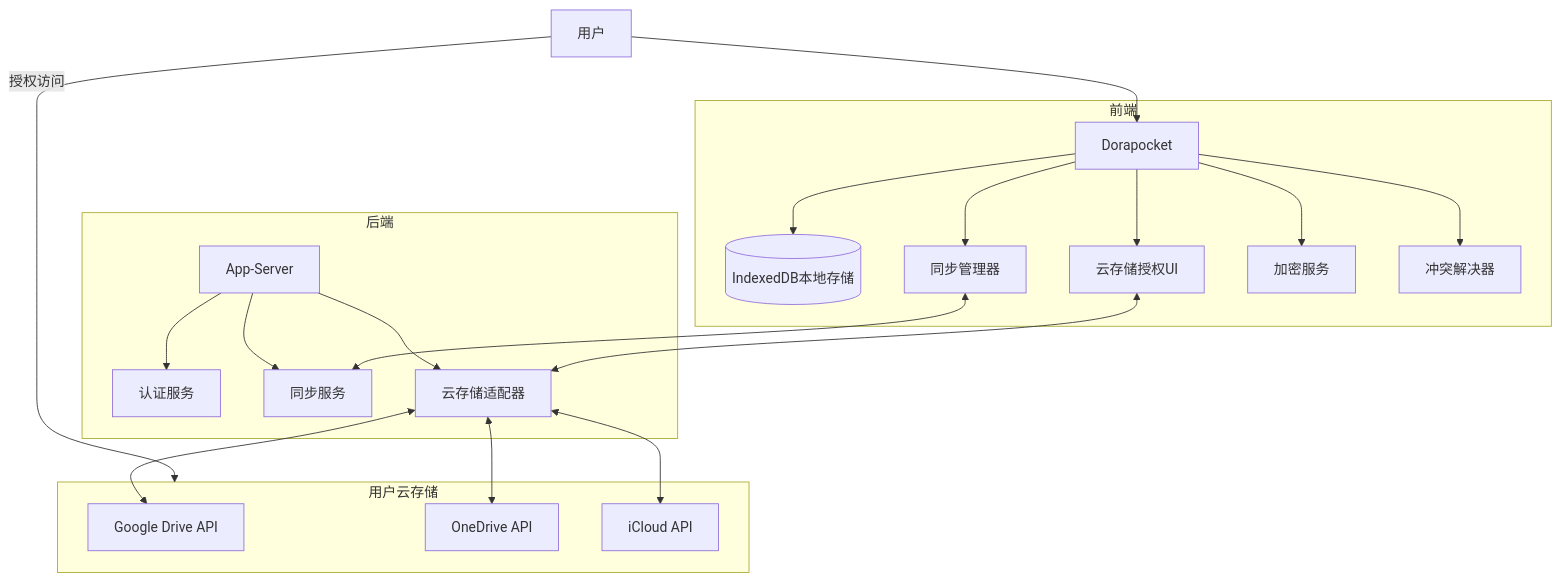
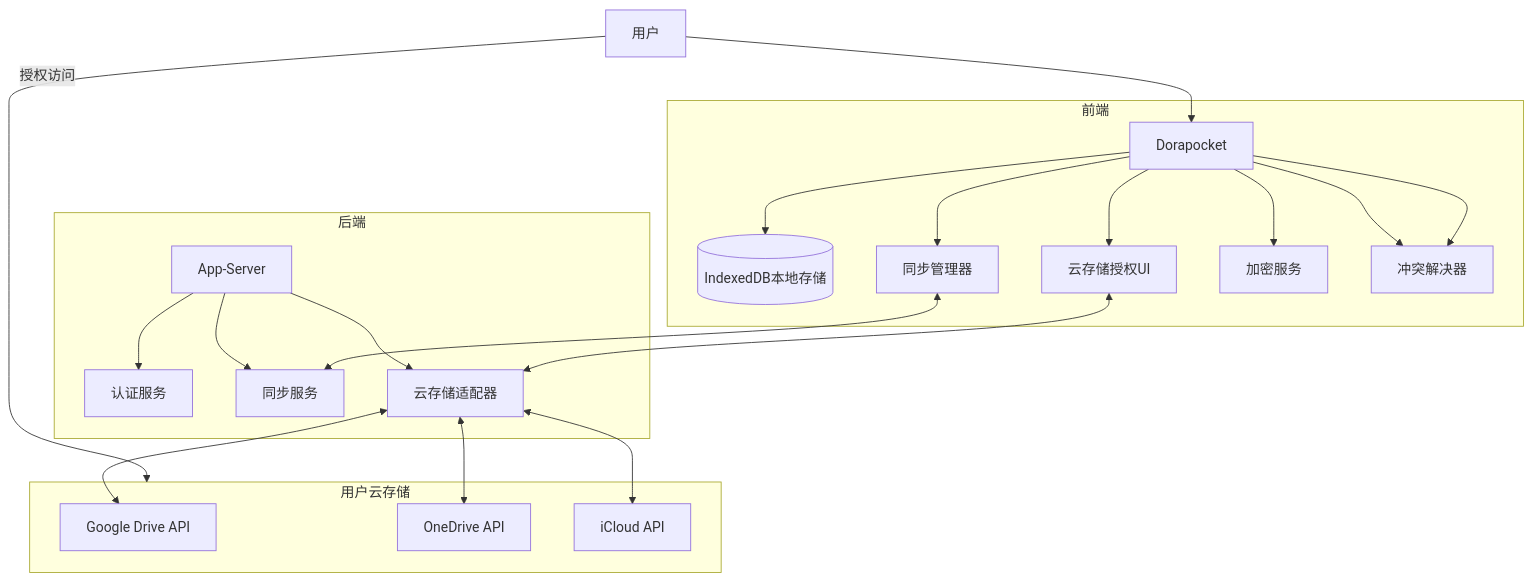
The diagram in all/未命名-34.md (yingjianzh/iodraw-files), drawn with Mermaid before and after one commit.

Commit message:
2025-04-17 10:47:00 update

````diff
--- a/all/未命名-34.md
+++ b/all/未命名-34.md
@@ -1,28 +1,29 @@
 ```mermaid
 flowchart TD
     User[用户] --> FrontEnd[Dorapocket]
     
     subgraph 前端
         FrontEnd --> LocalDB[(IndexedDB本地存储)]
         FrontEnd --> SyncManager[同步管理器]
         FrontEnd --> CloudAuthUI[云存储授权UI]
         FrontEnd --> CryptoService[加密服务]
+        FrontEnd --> ConflictResolver[冲突解决器]
         FrontEnd --> ConflictResolver[冲突解决器]
     end
     
     subgraph 后端
         AppServer[App-Server] --> AuthService[认证服务]
         AppServer --> SyncService[同步服务]
         AppServer --> CloudAdapter[云存储适配器]
     end
     
     subgraph 用户云存储
         CloudAdapter <--> GoogleDrive[Google Drive API]
         CloudAdapter <--> OneDrive[OneDrive API]
         CloudAdapter <--> iCloud[iCloud API]
     end
     
     User -- "授权访问" --> 用户云存储
     SyncManager <--> SyncService
     CloudAuthUI <--> CloudAdapter
 ```
````
